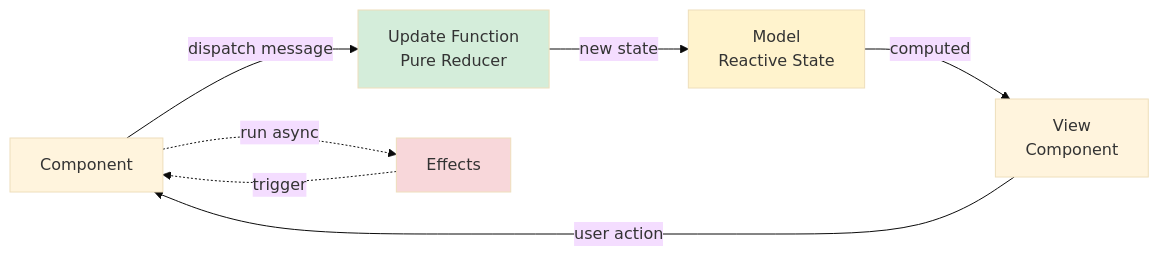
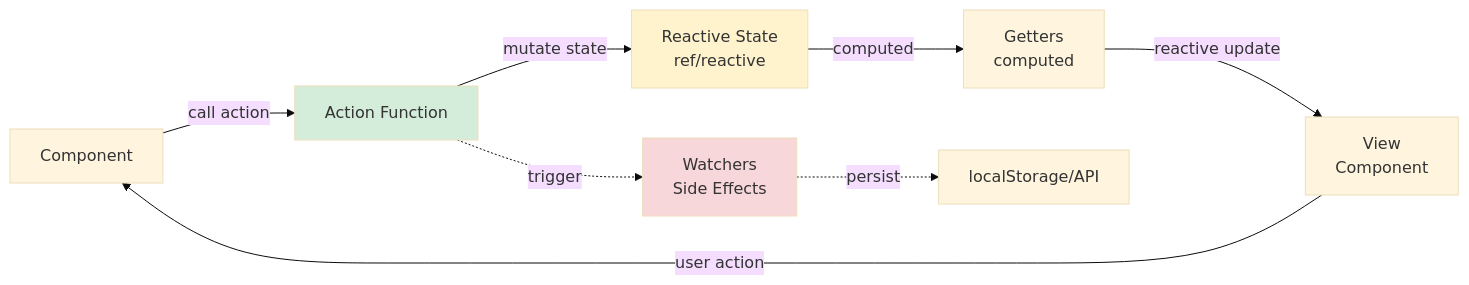
The fourth of 8 diagrams in ARCHITECTURE.md (alexanderop/nuxt-layer-example), drawn with Mermaid (base theme) before and after one commit. The commit also changed other lines of this file and 25 other files, not shown here.

````diff
--- a/ARCHITECTURE.md
+++ b/ARCHITECTURE.md
@@ -363,14 +363,15 @@
 ```mermaid
 graph LR
-    A[Component] -->|dispatch message| B[Update Function<br/>Pure Reducer]
-    B -->|new state| C[Model<br/>Reactive State]
-    C -->|computed| D[View<br/>Component]
-    D -->|user action| A
+    A[Component] -->|call action| B[Action Function]
+    B -->|mutate state| C[Reactive State<br/>ref/reactive]
+    C -->|computed| D[Getters<br/>computed]
+    D -->|reactive update| E[View<br/>Component]
+    E -->|user action| A
 
-    E[Effects] -.trigger.-> A
-    A -.run async.-> E
+    B -.trigger.-> F[Watchers<br/>Side Effects]
+    F -.persist.-> G[localStorage/API]
 
     style B fill:#d4edda
     style C fill:#fff3cd
-    style E fill:#f8d7da
+    style F fill:#f8d7da
 ```
````
